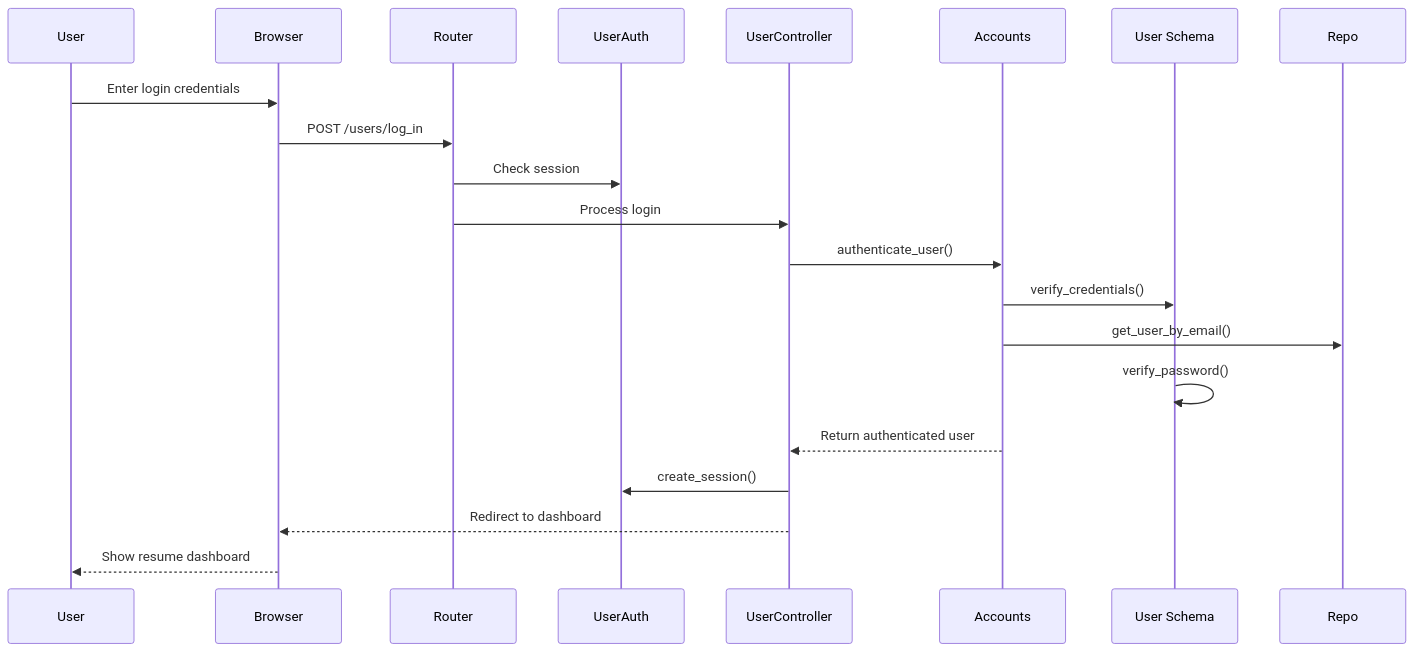
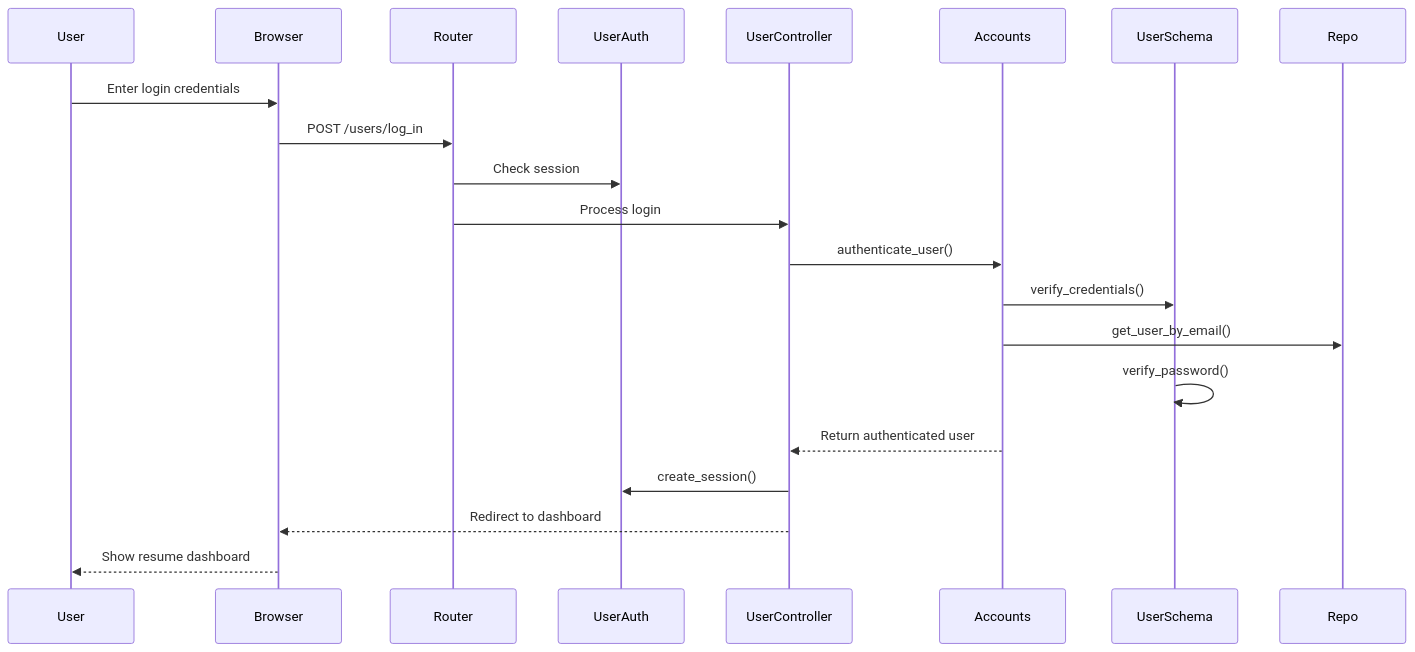
Before and after one commit to peguesj/rand_rr: the fifth of 12 diagrams in README.md, drawn with Mermaid. The commit also changed other lines of this file, not shown here.

Commit message:
feat: expansion of planning diagrams to merge current dev into future planning

````diff
--- a/README.md
+++ b/README.md
@@ -531,24 +512,24 @@
 ```mermaid
 sequenceDiagram
     participant User
     participant Browser
     participant Router
     participant UserAuth
     participant UserController
     participant Accounts
-    participant User Schema
+    participant UserSchema
     participant Repo
 
     User->>Browser: Enter login credentials
     Browser->>Router: POST /users/log_in
     Router->>UserAuth: Check session
     Router->>UserController: Process login
     UserController->>Accounts: authenticate_user()
-    Accounts->>User Schema: verify_credentials()
+    Accounts->>UserSchema: verify_credentials()
     Accounts->>Repo: get_user_by_email()
-    User Schema->>User Schema: verify_password()
+    UserSchema->>UserSchema: verify_password()
     Accounts-->>UserController: Return authenticated user
     UserController->>UserAuth: create_session()
     UserController-->>Browser: Redirect to dashboard
     Browser-->>User: Show resume dashboard
 ```
````
